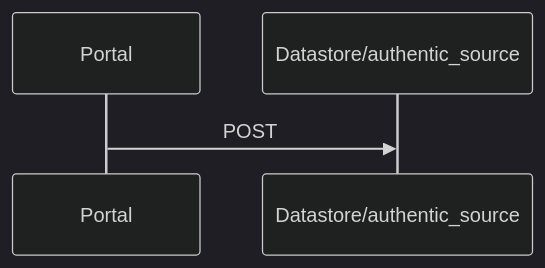
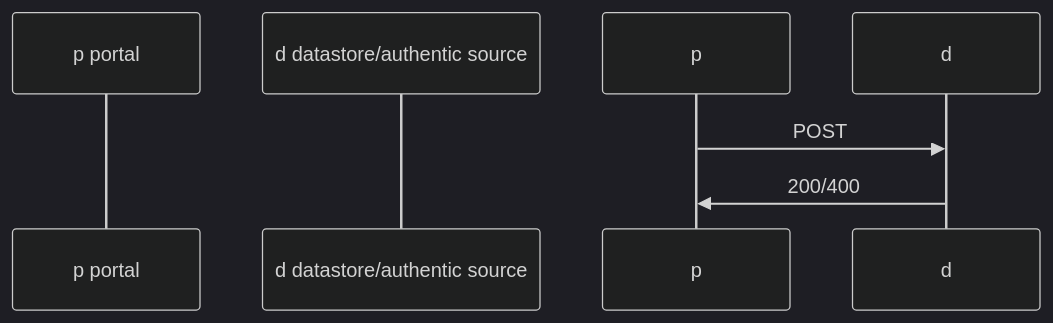
One commit to dc4eu/vc changed the fifth of 8 diagrams in standards/apiv21.md. Above: the diagram before and after it, drawn with Mermaid (dark theme). The commit also changed other lines of this file, not shown here.

Commit message:
Add aliases in mermaid.

````diff
--- a/standards/apiv21.md
+++ b/standards/apiv21.md
@@ -246,4 +257,7 @@
 ```mermaid
 sequenceDiagram;
-    Portal->>Datastore/authentic_source: POST ;
+    participant p portal;
+    participant d datastore/authentic source;
+    p->>d: POST;
+    d->>p: 200/400;
 ```
````
